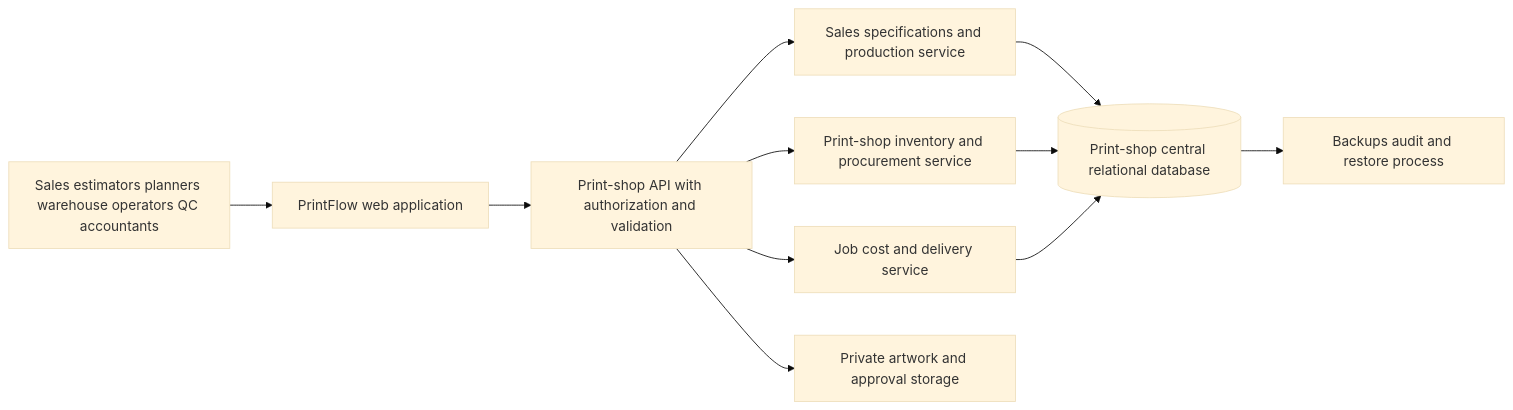
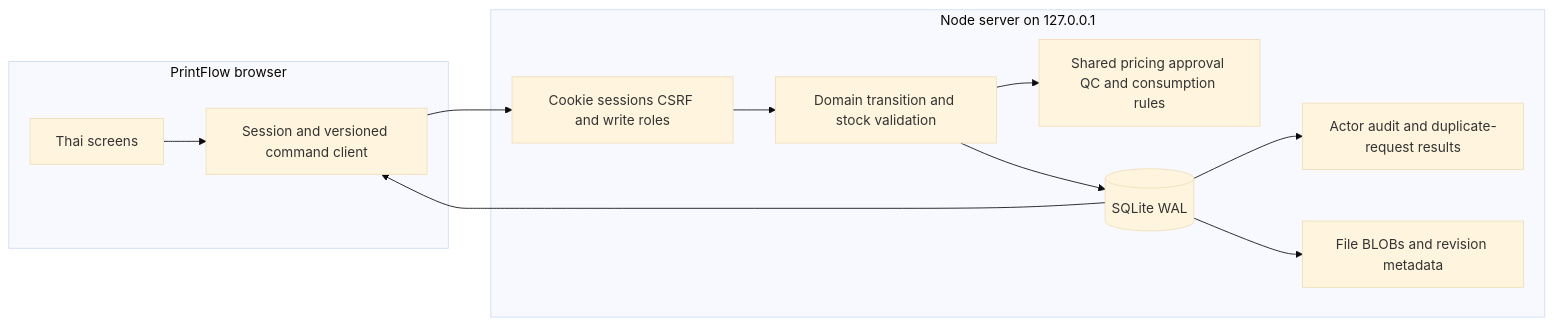
One commit to nk02388-cyber/PrintFlow-ERP changed the diagram in specs/ARCHITECTURE.md. Above: the diagram before and after it, drawn with Mermaid (base theme). The commit also changed other lines of this file and 20 other files, not shown here.

Commit message:
Expand PrintFlow with local central ERP, print production evidence, QC and actual costing

````diff
--- a/specs/ARCHITECTURE.md
+++ b/specs/ARCHITECTURE.md
@@ -68,13 +9,20 @@
 ```mermaid
 flowchart LR
-  Users[Sales estimators planners warehouse operators QC accountants] --> Web[PrintFlow web application]
-  Web --> API[Print-shop API with authorization and validation]
-  API --> Jobs[Sales specifications and production service]
-  API --> Inventory[Print-shop inventory and procurement service]
-  API --> Costs[Job cost and delivery service]
-  Jobs --> DB[(Print-shop central relational database)]
-  Inventory --> DB
-  Costs --> DB
-  API --> Artwork[Private artwork and approval storage]
-  DB --> Recovery[Backups audit and restore process]
+  subgraph Browser[PrintFlow browser]
+    UI[Thai screens]
+    Client[Session and versioned command client]
+  end
+  subgraph LocalServer[Node server on 127.0.0.1]
+    Auth[Cookie sessions CSRF and write roles]
+    Guard[Domain transition and stock validation]
+    Core[Shared pricing approval QC and consumption rules]
+    DB[(SQLite WAL)]
+    Audit[Actor audit and duplicate-request results]
+    Files[File BLOBs and revision metadata]
+  end
+  UI --> Client --> Auth --> Guard --> Core
+  Guard --> DB
+  DB --> Audit
+  DB --> Files
+  DB --> Client
 ```
````
